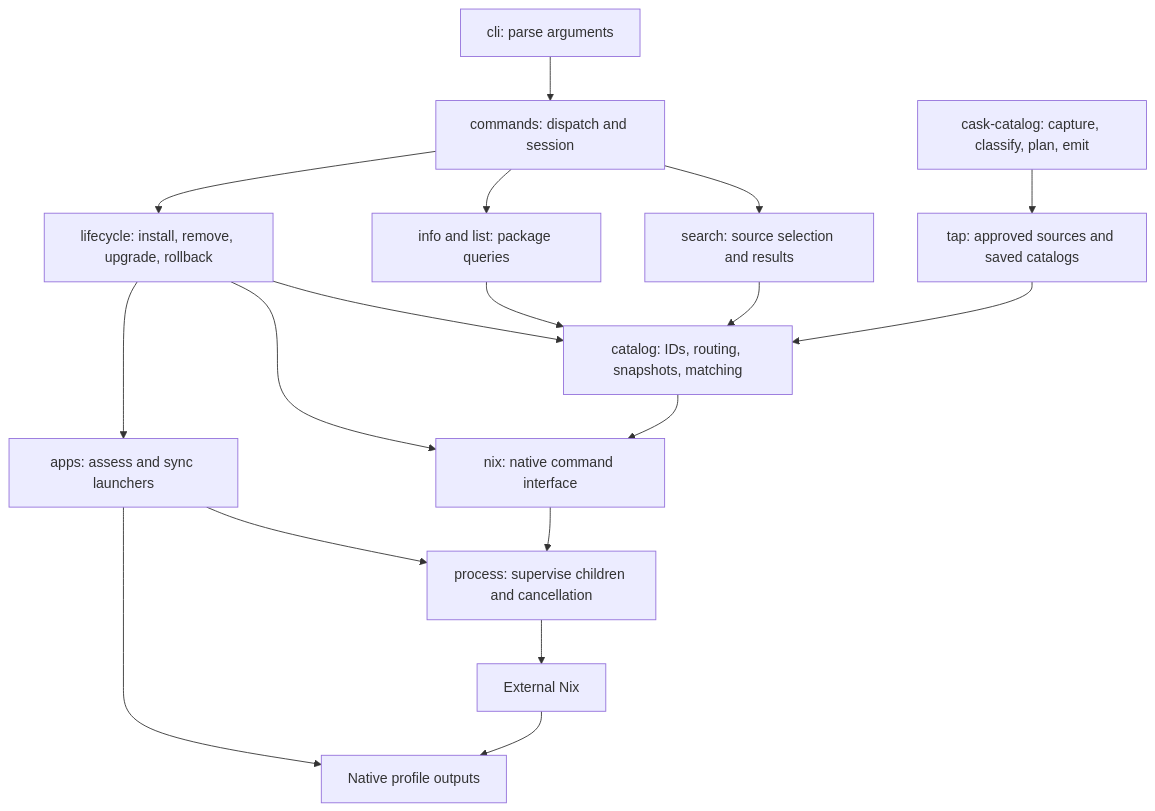
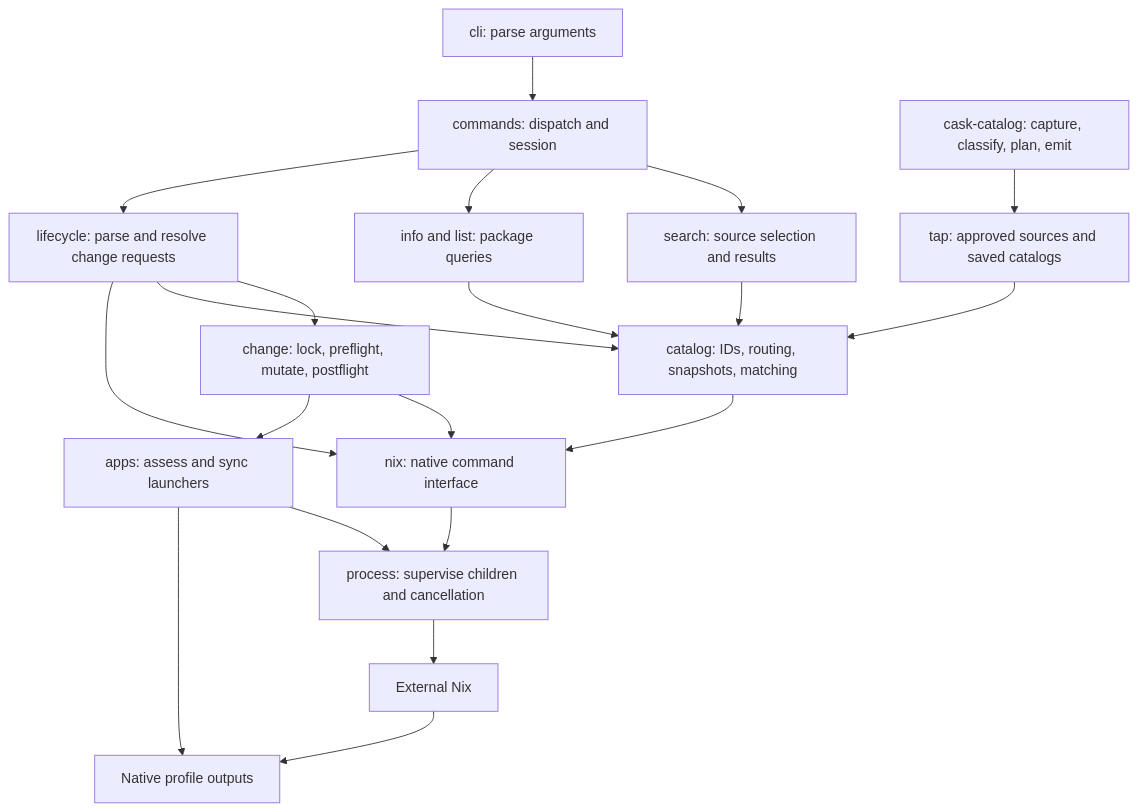
Before and after one commit to spa5k/pkg: the diagram in docs/architecture.md, drawn with Mermaid. The commit also changed other lines of this file and 250 other files, not shown here.

````diff
--- a/docs/architecture.md
+++ b/docs/architecture.md
@@ -7,20 +7,22 @@
 ```mermaid
 flowchart TD
     CLI[cli: parse arguments] --> Commands[commands: dispatch and session]
     Commands --> Search[search: source selection and results]
     Commands --> Info[info and list: package queries]
-    Commands --> Lifecycle[lifecycle: install, remove, upgrade, rollback]
+    Commands --> Lifecycle[lifecycle: parse and resolve change requests]
+    Lifecycle --> Change[change: lock, preflight, mutate, postflight]
     Search --> Catalog[catalog: IDs, routing, snapshots, matching]
     Info --> Catalog
     Lifecycle --> Catalog
     Catalog --> Nix[nix: native command interface]
     Lifecycle --> Nix
+    Change --> Nix
     Nix --> Process[process: supervise children and cancellation]
     Process --> Runtime[External Nix]
-    Lifecycle --> Apps[apps: assess and sync launchers]
+    Change --> Apps[apps: assess and sync launchers]
     Apps --> Process
     Apps --> Profile[Native profile outputs]
     Runtime --> Profile
     Tap[tap: approved sources and saved catalogs] --> Catalog
     Generator[cask-catalog: capture, classify, plan, emit] --> Tap
 ```
````
